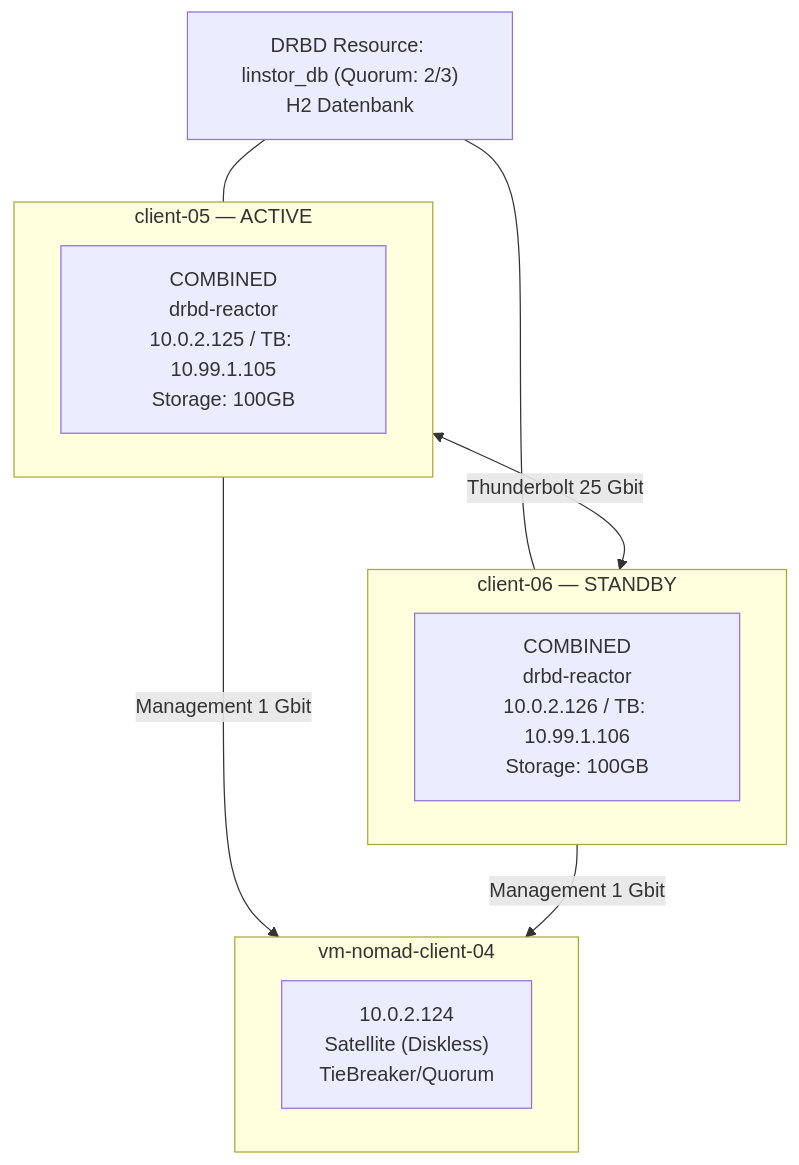
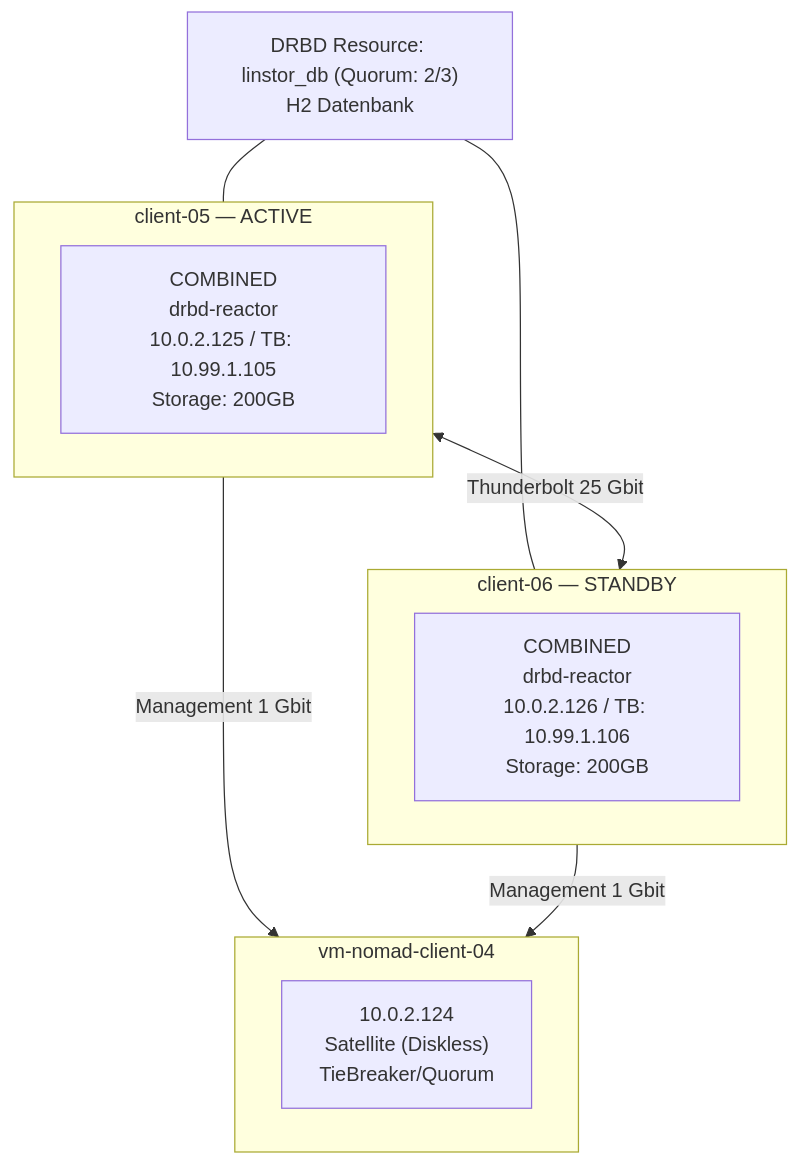
Before and after one commit to derever-labs/homelab-wiki: the first of 4 diagrams in 03-platforms/linstor-drbd.md, drawn with Mermaid. The commit also changed other lines of this file, not shown here.

````diff
--- a/03-platforms/linstor-drbd.md
+++ b/03-platforms/linstor-drbd.md
@@ -33,20 +33,20 @@
 ```mermaid
 flowchart TD
     DB["DRBD Resource: linstor_db (Quorum: 2/3)<br/>H2 Datenbank"]
     DB --- C05 & C06
 
     subgraph C05["client-05 — ACTIVE"]
-        C05a["COMBINED<br/>drbd-reactor<br/>10.0.2.125 / TB: 10.99.1.105<br/>Storage: 100GB"]
+        C05a["COMBINED<br/>drbd-reactor<br/>10.0.2.125 / TB: 10.99.1.105<br/>Storage: 200GB"]
     end
 
     subgraph C06["client-06 — STANDBY"]
-        C06a["COMBINED<br/>drbd-reactor<br/>10.0.2.126 / TB: 10.99.1.106<br/>Storage: 100GB"]
+        C06a["COMBINED<br/>drbd-reactor<br/>10.0.2.126 / TB: 10.99.1.106<br/>Storage: 200GB"]
     end
 
     C05 <-->|"Thunderbolt 25 Gbit"| C06
     C05 & C06 -->|"Management 1 Gbit"| C04
 
     subgraph C04["vm-nomad-client-04"]
         C04a["10.0.2.124<br/>Satellite (Diskless)<br/>TieBreaker/Quorum"]
     end
 ```
````
